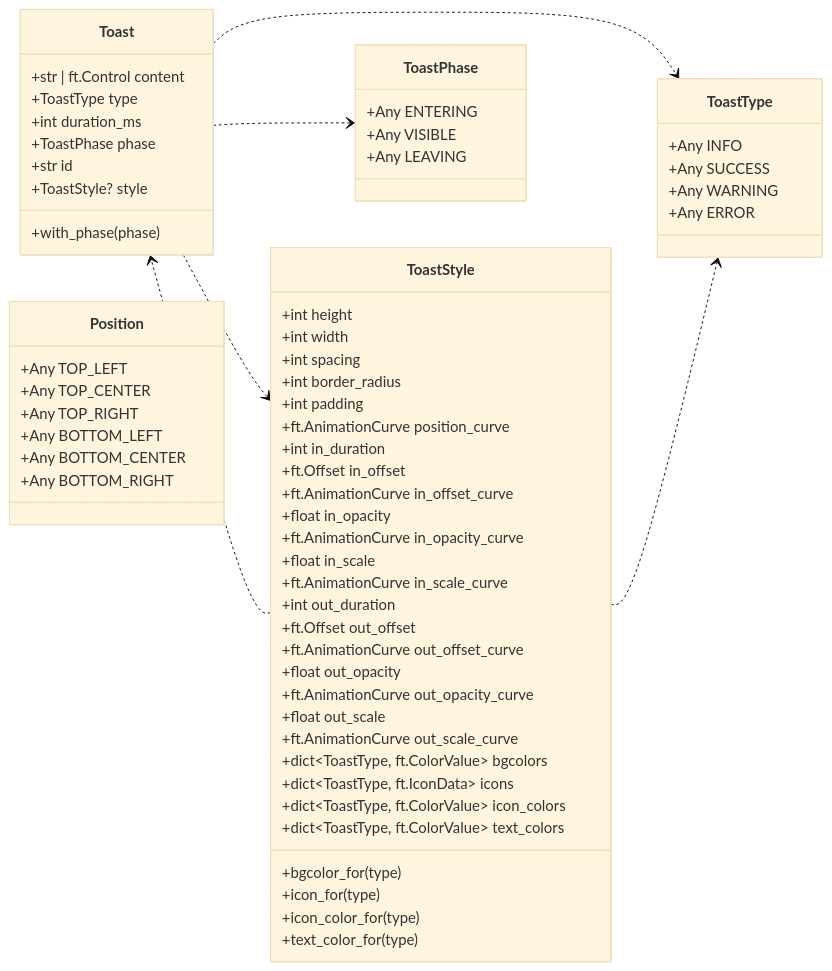
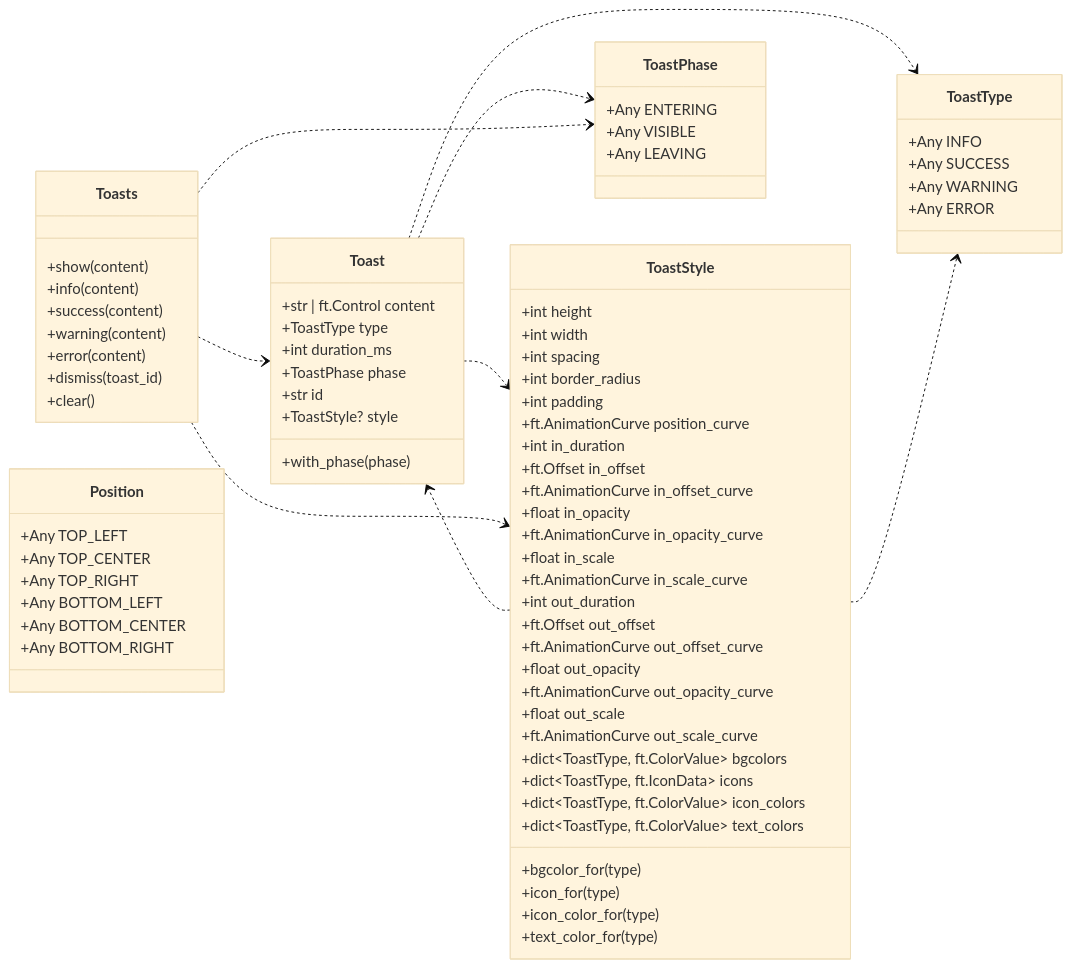
Before and after one commit to brunobrown/flet-toastify: the diagram in docs/assets/diagrams/generated/classes.mmd, drawn with Mermaid (base theme). The commit also changed 15 other files, not shown here.

First line of the commit message:
feat: adiciona estado observável Toasts e objeto global toast

```diff
--- a/docs/assets/diagrams/generated/classes.mmd
+++ b/docs/assets/diagrams/generated/classes.mmd
@@ -1,72 +1,85 @@
 classDiagram
   direction LR
   %% flet-toastify generated architecture diagrams: classes
 
   class Toast {
     +str | ft.Control content
     +ToastType type
     +int duration_ms
     +ToastPhase phase
     +str id
     +ToastStyle? style
     +with_phase(phase)
+  }
+
+  class Toasts {
+    +show(content)
+    +info(content)
+    +success(content)
+    +warning(content)
+    +error(content)
+    +dismiss(toast_id)
+    +clear()
   }
 
   class ToastStyle {
     +int height
     +int width
     +int spacing
     +int border_radius
     +int padding
     +ft.AnimationCurve position_curve
     +int in_duration
     +ft.Offset in_offset
     +ft.AnimationCurve in_offset_curve
     +float in_opacity
     +ft.AnimationCurve in_opacity_curve
     +float in_scale
     +ft.AnimationCurve in_scale_curve
     +int out_duration
     +ft.Offset out_offset
     +ft.AnimationCurve out_offset_curve
     +float out_opacity
     +ft.AnimationCurve out_opacity_curve
     +float out_scale
     +ft.AnimationCurve out_scale_curve
     +dict~ToastType, ft.ColorValue~ bgcolors
     +dict~ToastType, ft.IconData~ icons
     +dict~ToastType, ft.ColorValue~ icon_colors
     +dict~ToastType, ft.ColorValue~ text_colors
     +bgcolor_for(type)
     +icon_for(type)
     +icon_color_for(type)
     +text_color_for(type)
   }
 
   class Position {
     +Any TOP_LEFT
     +Any TOP_CENTER
     +Any TOP_RIGHT
     +Any BOTTOM_LEFT
     +Any BOTTOM_CENTER
     +Any BOTTOM_RIGHT
   }
 
   class ToastPhase {
     +Any ENTERING
     +Any VISIBLE
     +Any LEAVING
   }
 
   class ToastType {
     +Any INFO
     +Any SUCCESS
     +Any WARNING
     +Any ERROR
   }
 
   Toast ..> ToastPhase
   Toast ..> ToastStyle
   Toast ..> ToastType
   ToastStyle ..> Toast
   ToastStyle ..> ToastType
+  Toasts ..> Toast
+  Toasts ..> ToastPhase
+  Toasts ..> ToastStyle
```
